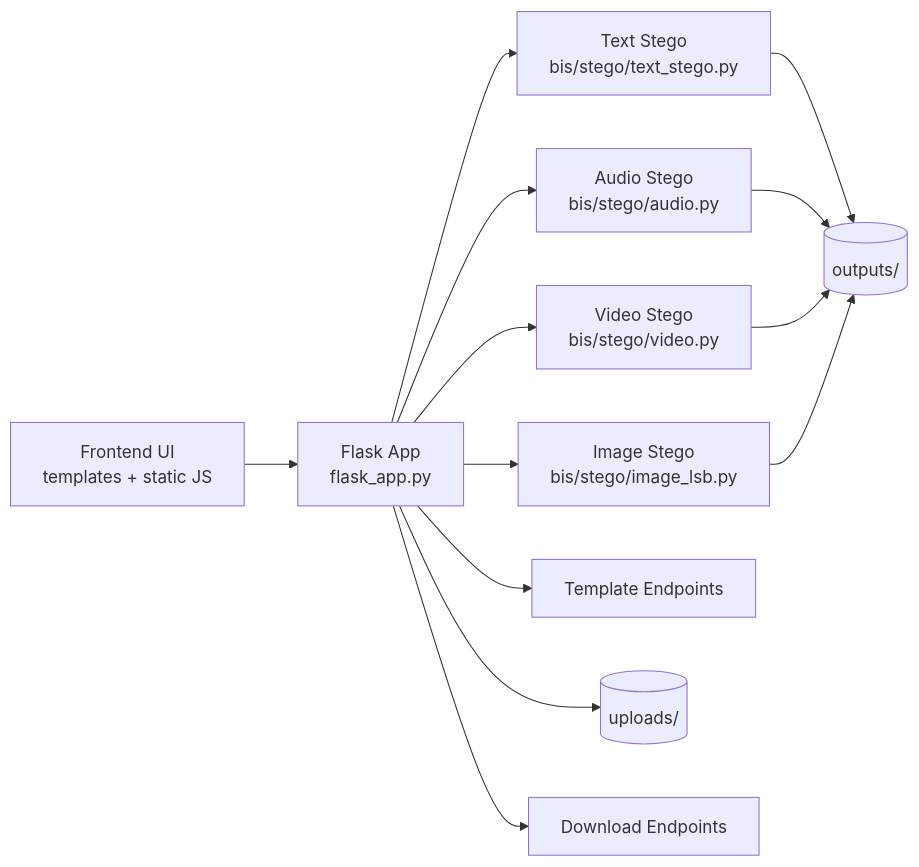
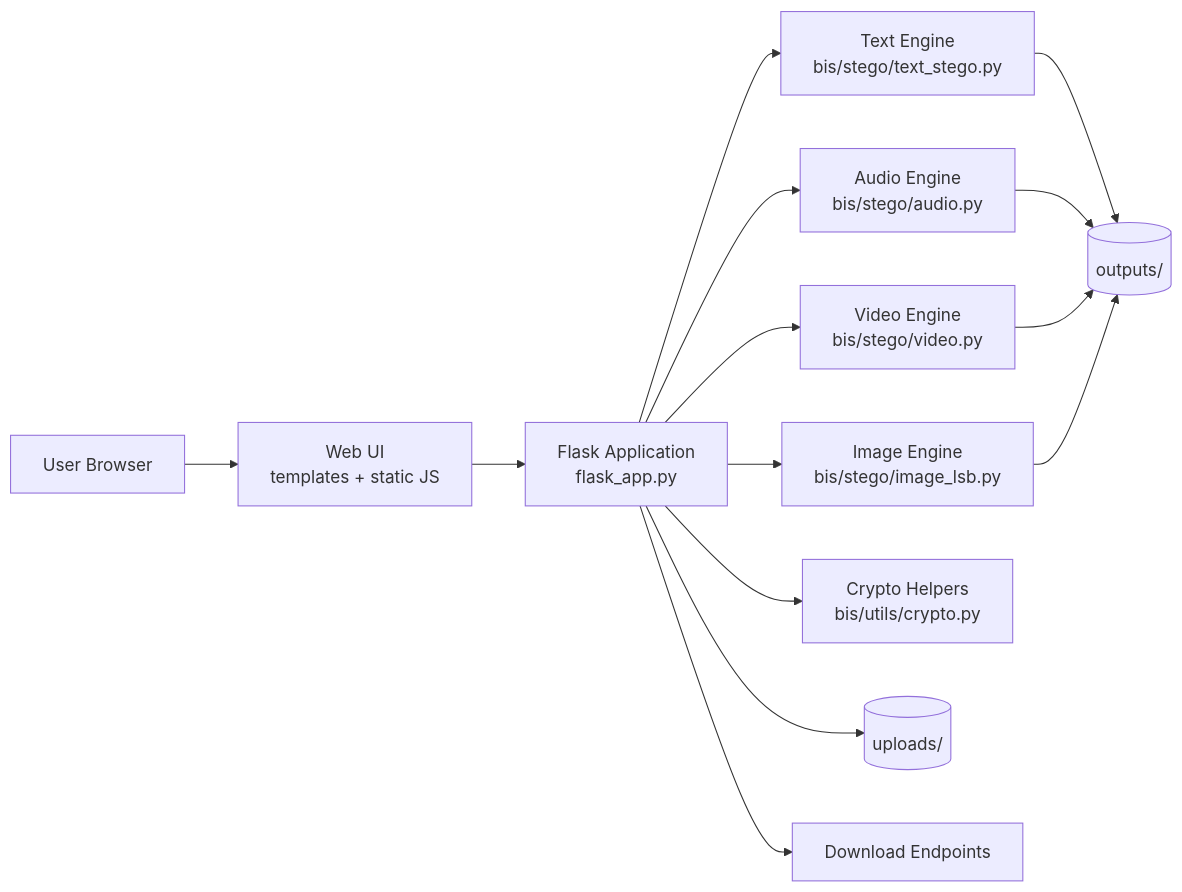
Before and after one commit to VatsalOza11718/Steganography: the first of 4 diagrams in README.md, drawn with Mermaid. The commit also changed other lines of this file, not shown here.

Commit message:
Upgrade README with professional web-first multi-mode documentation and diagrams

````diff
--- a/README.md
+++ b/README.md
@@ -99,15 +81,16 @@
 ```mermaid
 flowchart LR
-		A[Frontend UI<br/>templates + static JS] --> B[Flask App<br/>flask_app.py]
-		B --> C[Text Stego<br/>bis/stego/text_stego.py]
-		B --> D[Audio Stego<br/>bis/stego/audio.py]
-		B --> E[Video Stego<br/>bis/stego/video.py]
-		B --> F[Image Stego<br/>bis/stego/image_lsb.py]
-		B --> G[Template Endpoints]
-		B --> H[(uploads/)]
-		C --> I[(outputs/)]
-		D --> I
-		E --> I
-		F --> I
-		B --> J[Download Endpoints]
+		U[User Browser] --> W[Web UI<br/>templates + static JS]
+		W --> A[Flask Application<br/>flask_app.py]
+		A --> T[Text Engine<br/>bis/stego/text_stego.py]
+		A --> AU[Audio Engine<br/>bis/stego/audio.py]
+		A --> V[Video Engine<br/>bis/stego/video.py]
+		A --> I[Image Engine<br/>bis/stego/image_lsb.py]
+		A --> C[Crypto Helpers<br/>bis/utils/crypto.py]
+		A --> UP[(uploads/)]
+		T --> OUT[(outputs/)]
+		AU --> OUT
+		V --> OUT
+		I --> OUT
+		A --> D[Download Endpoints]
 ```
````
